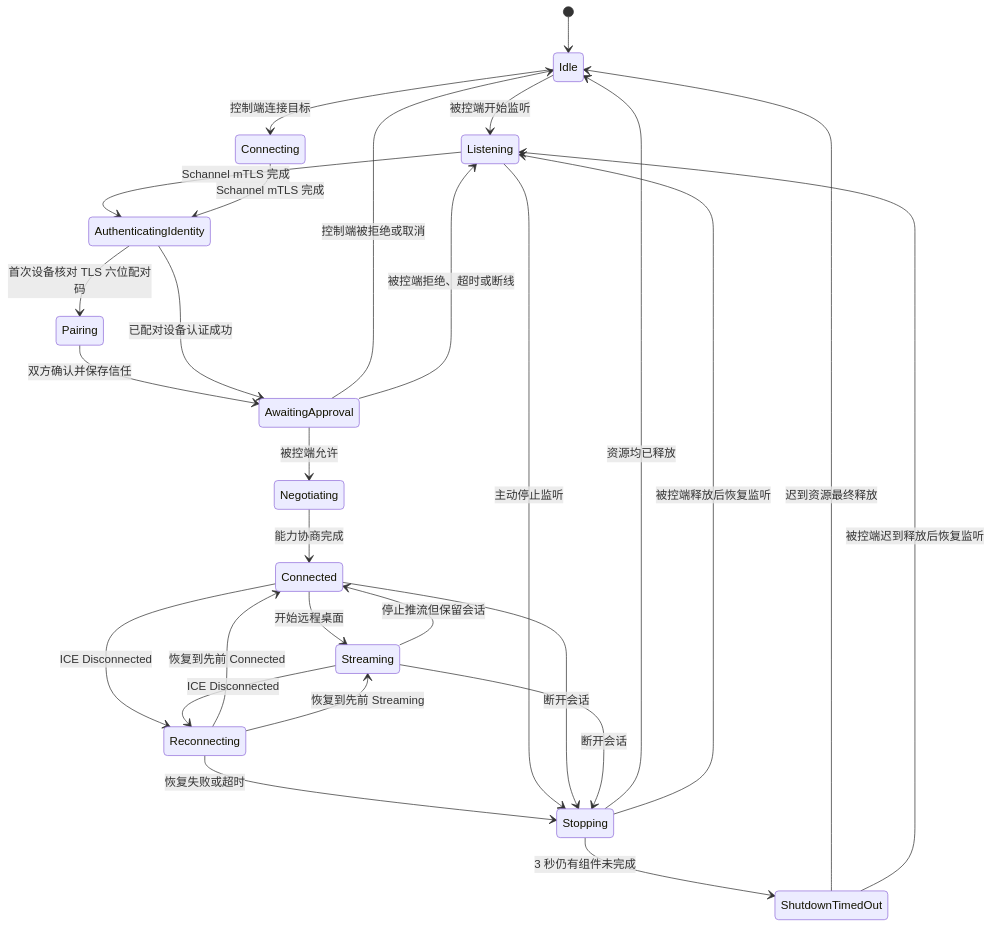
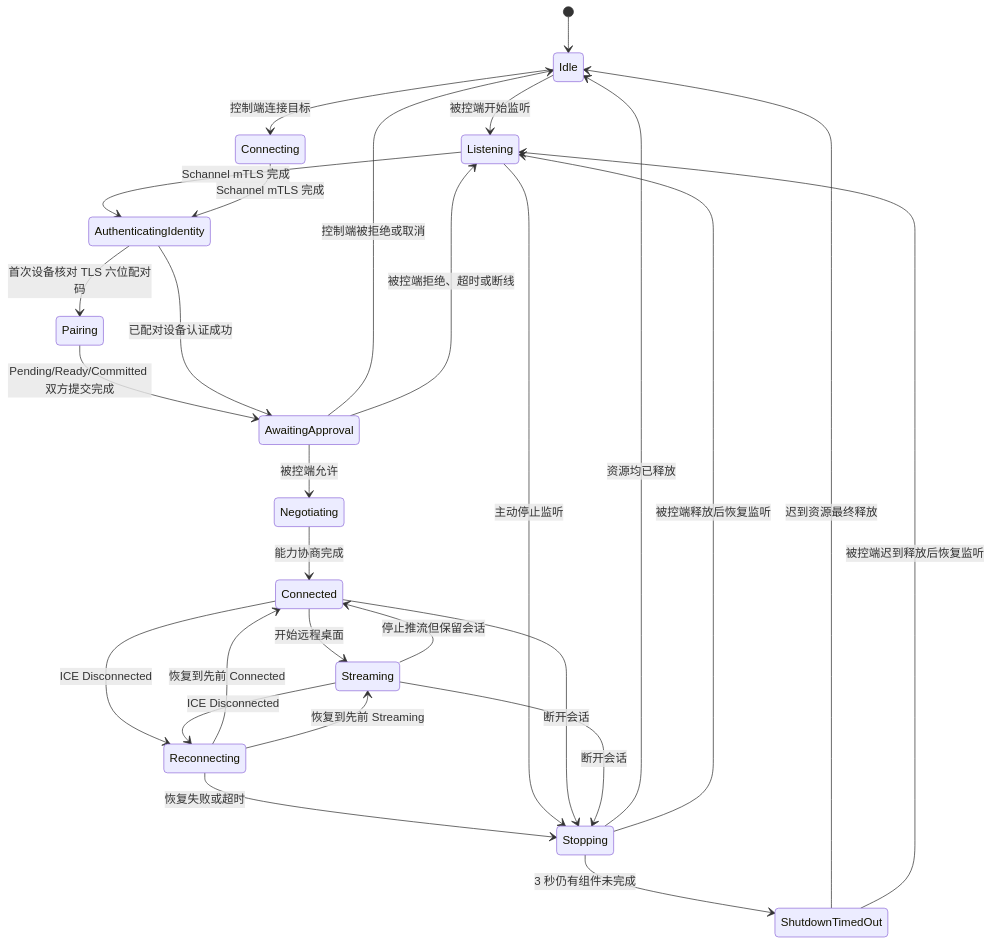
Before and after one commit to lyn-un/winRemoteControl: the first of 2 diagrams in docs/architecture/session-lifecycle.md, drawn with Mermaid. The commit also changed other lines of this file and 43 other files, not shown here.

````diff
--- a/docs/architecture/session-lifecycle.md
+++ b/docs/architecture/session-lifecycle.md
@@ -7,30 +7,30 @@
 ```mermaid
 stateDiagram-v2
     [*] --> Idle
     Idle --> Listening: 被控端开始监听
     Idle --> Connecting: 控制端连接目标
     Listening --> AuthenticatingIdentity: Schannel mTLS 完成
     Connecting --> AuthenticatingIdentity: Schannel mTLS 完成
     AuthenticatingIdentity --> Pairing: 首次设备核对 TLS 六位配对码
-    Pairing --> AwaitingApproval: 双方确认并保存信任
+    Pairing --> AwaitingApproval: Pending/Ready/Committed 双方提交完成
     AuthenticatingIdentity --> AwaitingApproval: 已配对设备认证成功
     AwaitingApproval --> Negotiating: 被控端允许
     AwaitingApproval --> Idle: 控制端被拒绝或取消
     AwaitingApproval --> Listening: 被控端拒绝、超时或断线
     Negotiating --> Connected: 能力协商完成
     Connected --> Streaming: 开始远程桌面
     Streaming --> Connected: 停止推流但保留会话
     Connected --> Reconnecting: ICE Disconnected
     Streaming --> Reconnecting: ICE Disconnected
     Reconnecting --> Connected: 恢复到先前 Connected
     Reconnecting --> Streaming: 恢复到先前 Streaming
     Reconnecting --> Stopping: 恢复失败或超时
     Listening --> Stopping: 主动停止监听
     Connected --> Stopping: 断开会话
     Streaming --> Stopping: 断开会话
     Stopping --> Idle: 资源均已释放
     Stopping --> Listening: 被控端释放后恢复监听
     Stopping --> ShutdownTimedOut: 3 秒仍有组件未完成
     ShutdownTimedOut --> Idle: 迟到资源最终释放
     ShutdownTimedOut --> Listening: 被控端迟到释放后恢复监听
 ```
````
